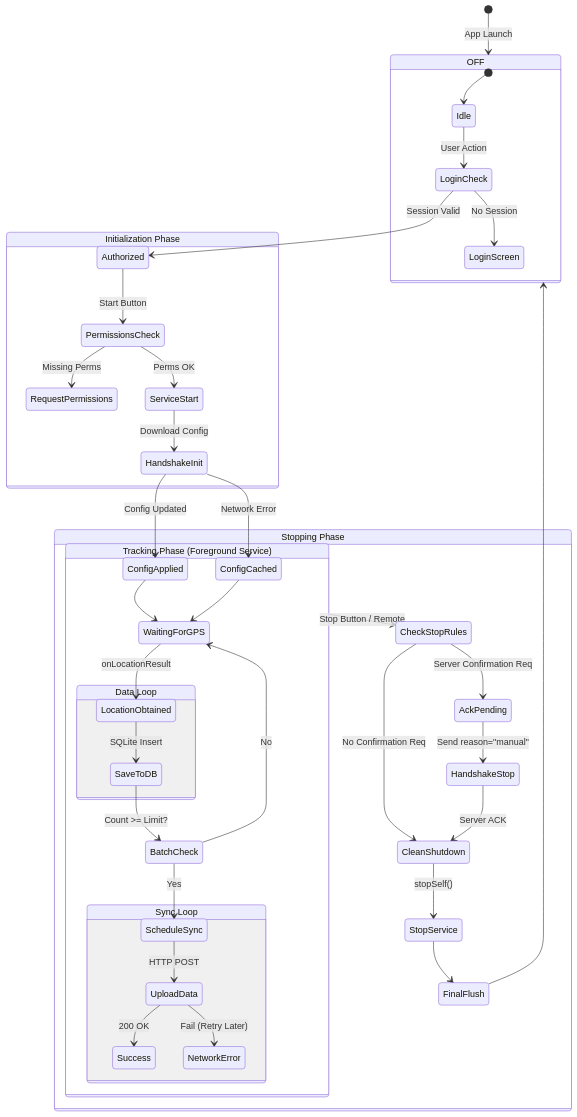
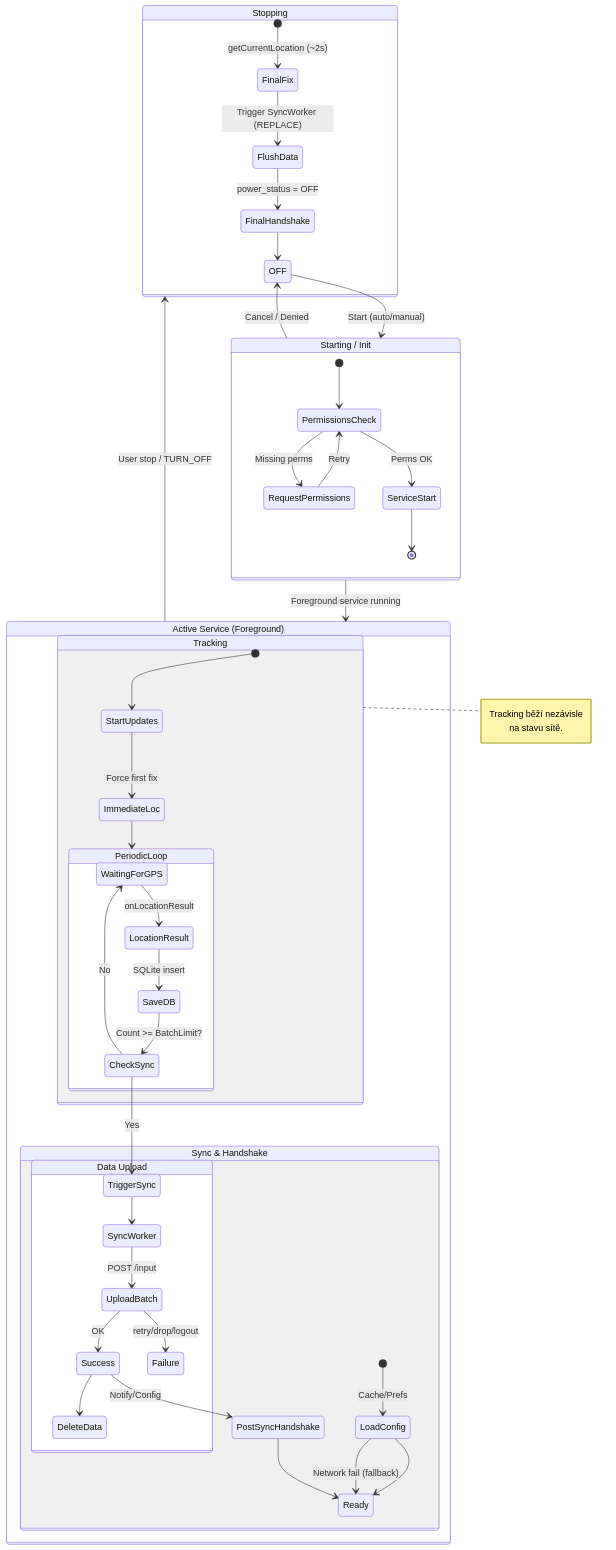
The diagram in docs&LaTex/docs_apk/schemas/state_diagram.md (Balner123/GPS_server_NodeJS), drawn with Mermaid before and after one commit. The commit also changed other lines of this file and 153 other files, not shown here.

````diff
--- a/docs&LaTex/docs_apk/schemas/state_diagram.md
+++ b/docs&LaTex/docs_apk/schemas/state_diagram.md
@@ -5,54 +4,69 @@
 ```mermaid
 stateDiagram-v2
-    [*] --> OFF: App Launch
+    direction TB
 
-    state OFF {
-        [*] --> Idle
-        Idle --> LoginCheck: User Action
-        LoginCheck --> Authorized: Session Valid
-        LoginCheck --> LoginScreen: No Session
+    OFF --> STARTING: Start (auto/manual)
+
+    state "Starting / Init" as STARTING {
+        [*] --> PermissionsCheck
+        PermissionsCheck --> RequestPermissions: Missing perms
+        PermissionsCheck --> ServiceStart: Perms OK
+        RequestPermissions --> PermissionsCheck: Retry
+        ServiceStart --> [*]
     }
 
-    state "Initialization Phase" as INIT {
-        Authorized --> PermissionsCheck: Start Button
-        PermissionsCheck --> RequestPermissions: Missing Perms
-        PermissionsCheck --> ServiceStart: Perms OK
-        ServiceStart --> HandshakeInit: Download Config
-        HandshakeInit --> ConfigApplied: Config Updated
-        HandshakeInit --> ConfigCached: Network Error
+    STARTING --> SERVICE: Foreground service running
+    STARTING --> OFF: Cancel / Denied
+
+    state "Active Service (Foreground)" as SERVICE {
+        direction LR
+
+        state "Tracking" as TRACKING {
+            [*] --> StartUpdates
+            StartUpdates --> ImmediateLoc: Force first fix
+            ImmediateLoc --> PeriodicLoop
+
+            state PeriodicLoop {
+                WaitingForGPS --> LocationResult: onLocationResult
+                LocationResult --> SaveDB: SQLite insert
+                SaveDB --> CheckSync: Count >= BatchLimit?
+                CheckSync --> TriggerSync: Yes
+                CheckSync --> WaitingForGPS: No
+            }
+        }
+
+        state "Sync & Handshake" as SYNC {
+            direction TB
+            [*] --> LoadConfig: Cache/Prefs
+            LoadConfig --> Ready
+            LoadConfig --> Ready: Network fail (fallback)
+
+            state "Data Upload" as UPLOAD {
+                direction TB
+                TriggerSync --> SyncWorker
+                SyncWorker --> UploadBatch: POST /input
+                UploadBatch --> Success: OK
+                Success --> DeleteData
+                Success --> PostSyncHandshake: Notify/Config
+                UploadBatch --> Failure: retry/drop/logout
+            }
+
+            PostSyncHandshake --> Ready
+        }
+
+        note right of TRACKING
+            Tracking běží nezávisle
+            na stavu sítě.
+        end note
     }
 
-    state "Tracking Phase (Foreground Service)" as TRACKING {
-        ConfigApplied --> WaitingForGPS
-        ConfigCached --> WaitingForGPS
-        
-        state "Data Loop" as DATA {
-            WaitingForGPS --> LocationObtained: onLocationResult
-            LocationObtained --> SaveToDB: SQLite Insert
-            SaveToDB --> BatchCheck: Count >= Limit?
-        }
+    SERVICE --> STOPPING: User stop / TURN_OFF
 
-        state "Sync Loop" as SYNC {
-            BatchCheck --> ScheduleSync: Yes
-            ScheduleSync --> UploadData: HTTP POST
-            UploadData --> Success: 200 OK
-            UploadData --> NetworkError: Fail (Retry Later)
-        }
-        
-        BatchCheck --> WaitingForGPS: No
+    state "Stopping" as STOPPING {
+        direction TB
+        [*] --> FinalFix: getCurrentLocation (~2s)
+        FinalFix --> FlushData: Trigger SyncWorker (REPLACE)
+        FlushData --> FinalHandshake: power_status = OFF
+        FinalHandshake --> OFF
     }
-
-    state "Stopping Phase" as STOPPING {
-        TRACKING --> CheckStopRules: Stop Button / Remote
-        CheckStopRules --> AckPending: Server Confirmation Req
-        CheckStopRules --> CleanShutdown: No Confirmation Req
-        
-        AckPending --> HandshakeStop: Send reason="manual"
-        HandshakeStop --> CleanShutdown: Server ACK
-        
-        CleanShutdown --> StopService: stopSelf()
-        StopService --> FinalFlush
-    }
-
-    FinalFlush --> OFF
 ```
````
